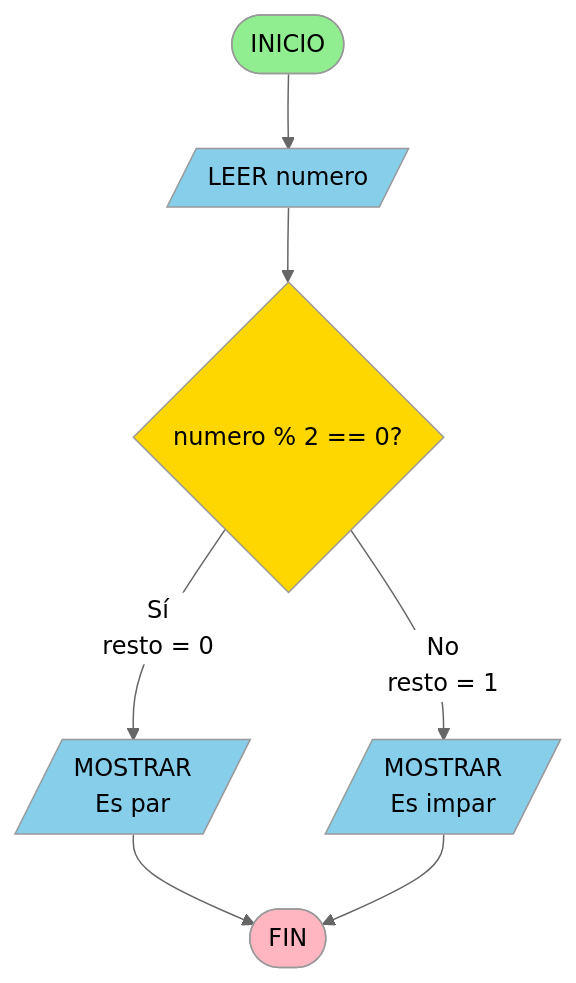
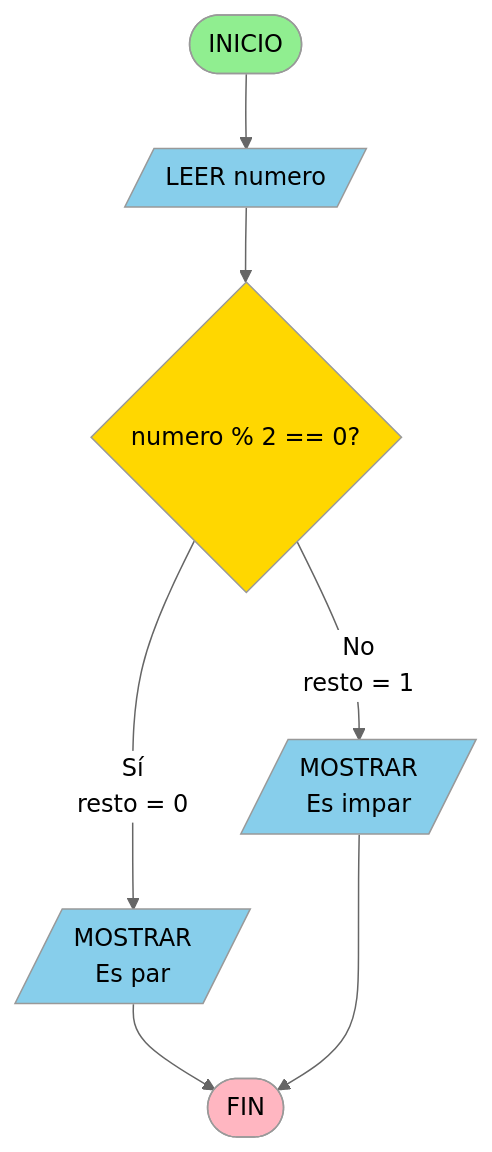
The fifth of 5 diagrams in 00_primeros_pasos.md (INGCOM-UNRN/apunte-ingreso), drawn with Mermaid (neutral theme) before and after one commit. The commit also changed other lines of this file and 2 other files, not shown here.

Commit message:
Reorganización y ajustes en los diagramas de flujo

````diff
--- a/00_primeros_pasos.md
+++ b/00_primeros_pasos.md
@@ -721,23 +721,23 @@
 ```{mermaid}
 flowchart TD
     Start([INICIO])
     Input[/LEER numero/]
     Decision{numero % 2 == 0?}
     OutputPar[/MOSTRAR<br/>Es par/]
     OutputImpar[/MOSTRAR<br/>Es impar/]
     End([FIN])
     
     Start --> Input
     Input --> Decision
     Decision -->|Sí<br/>resto = 0| OutputPar
     Decision -->|No<br/>resto = 1| OutputImpar
     OutputPar --> End
-    OutputImpar --> End
+    OutputImpar ---> End
     
     style Start fill:#90EE90
     style End fill:#FFB6C1
     style Input fill:#87CEEB
     style Decision fill:#FFD700
     style OutputPar fill:#87CEEB
     style OutputImpar fill:#87CEEB
 ```
````
